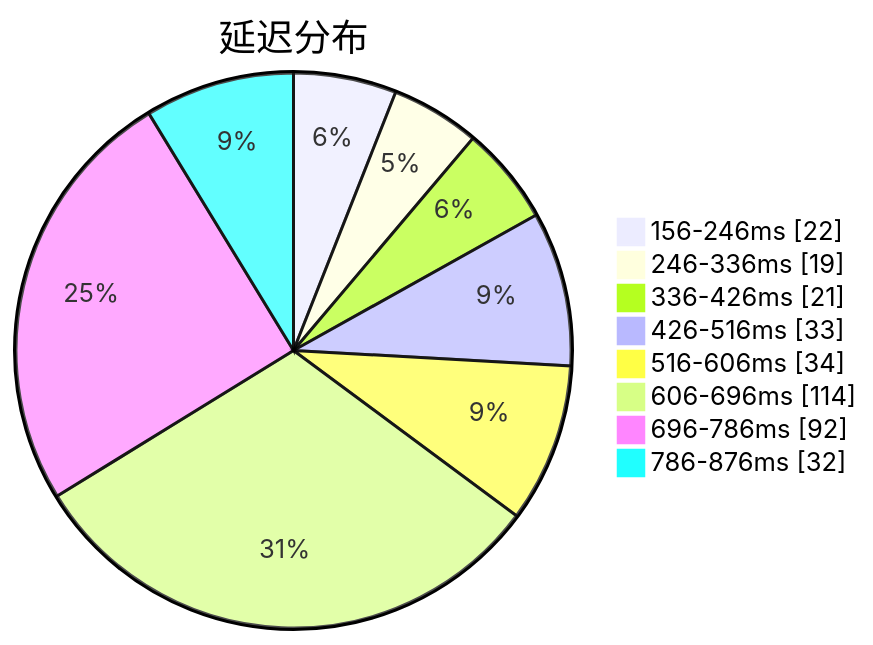
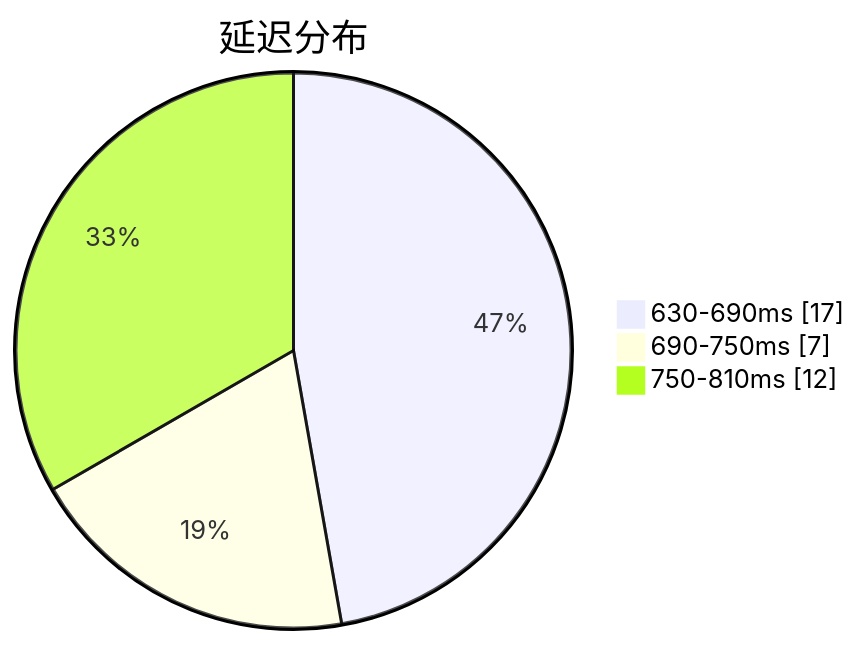
Before and after one commit to qjlxg/airport: the first of 3 diagrams in subs/statistics/tested_within.md, drawn with Mermaid. The commit also changed other lines of this file and 2 other files, not shown here.

Commit message:
Tested by metaST

````diff
--- a/subs/statistics/tested_within.md
+++ b/subs/statistics/tested_within.md
@@ -2,12 +2,7 @@
 ```mermaid
 pie showData
 title 延迟分布
-"156-246ms" : 22
-"246-336ms" : 19
-"336-426ms" : 21
-"426-516ms" : 33
-"516-606ms" : 34
-"606-696ms" : 114
-"696-786ms" : 92
-"786-876ms" : 32
+"630-690ms" : 17
+"690-750ms" : 7
+"750-810ms" : 12
 ```
````
